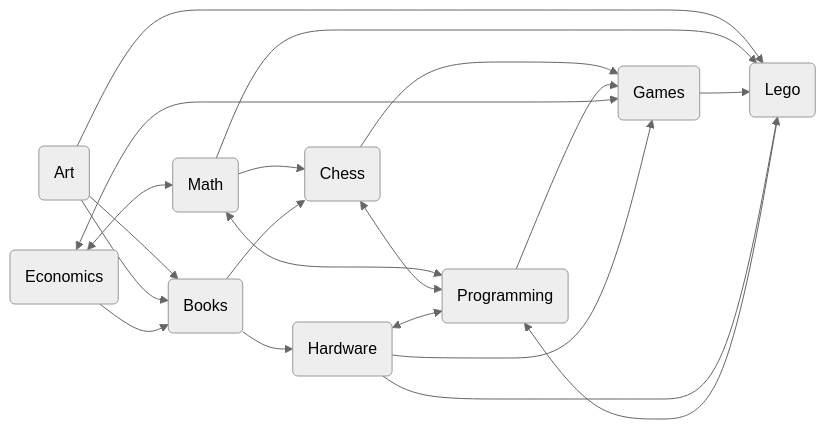
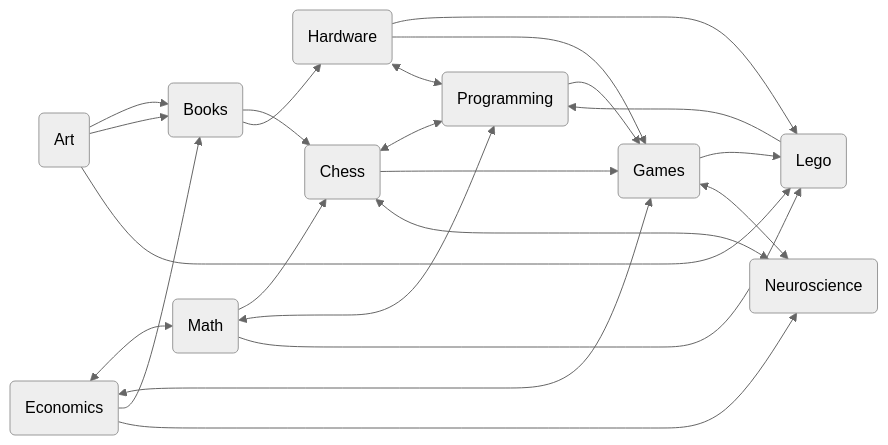
Before and after one commit to Rockroyal305/Rockroyal305: the diagram in README.md, drawn with Mermaid (neutral theme).

````diff
--- a/README.md
+++ b/README.md
@@ -5,20 +5,23 @@
 ```mermaid
   flowchart LR;
     M(Math) --> C(Chess)
     M <--> P(Programming)
     C <--> P
     C & P --> G(Games)
     B(Books)
     A(Art) --> B
     A --> B
     E(Economics) <--> M & G
     B --> C
     E --> B
     A & M & G --> L(Lego)
     L --> P
     H(Hardware) --> L & G
     H <--> P
     B --> H
+    C <--> N(Neuroscience)
+    G <--> N
+    E --> N
     
     
 ```
````
